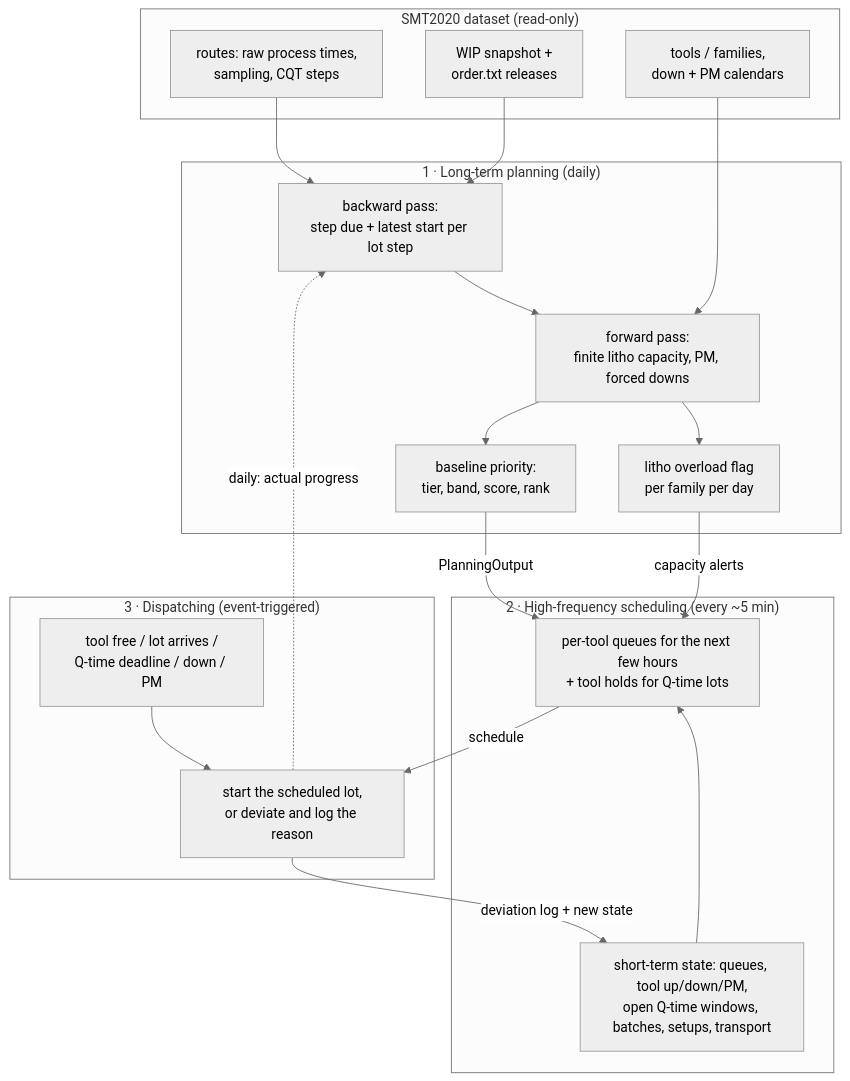
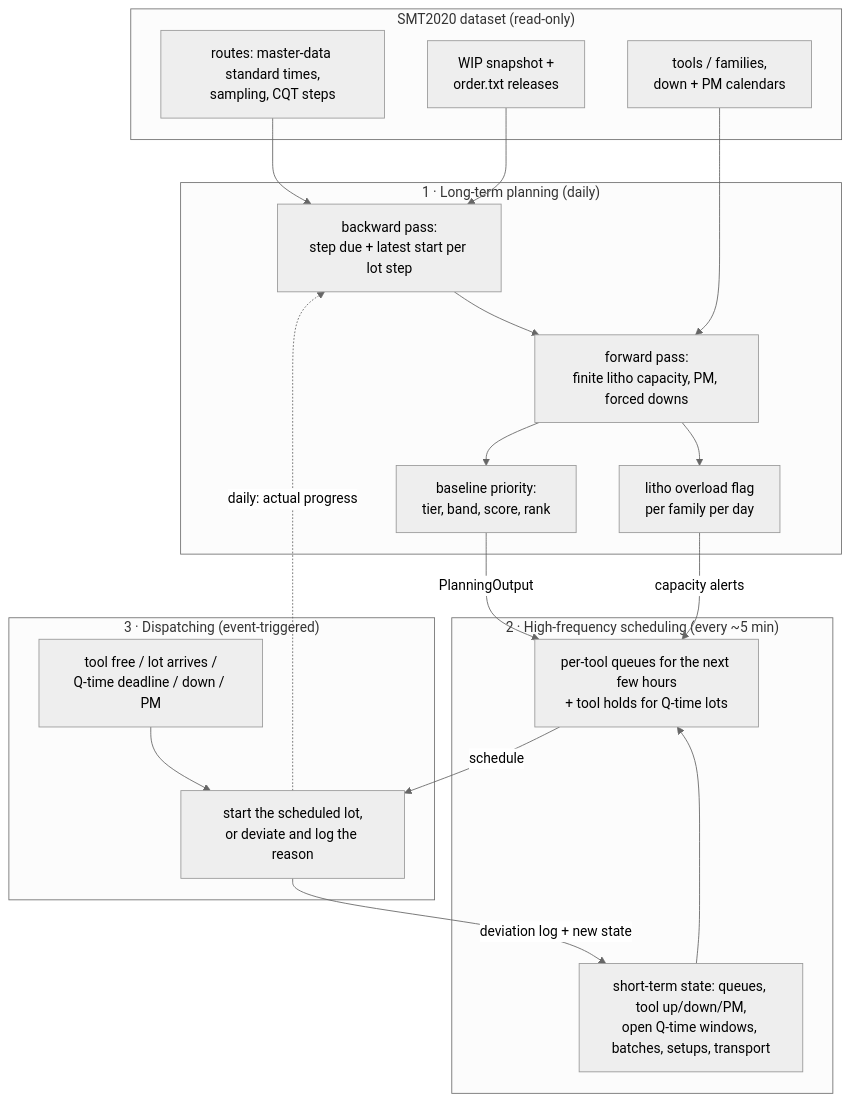
One commit to Toygaolingxiao/ResiliMES-AI changed the diagram in docs/ARCHITECTURE_LAYERS.md. Above: the diagram before and after it, drawn with Mermaid (neutral theme). The commit also changed other lines of this file, not shown here.

Commit message:
docs(architecture): step targets from master-data standard times, standard_time hook, no actuals weighting yet; drop std-LT method (reverted)

````diff
--- a/docs/ARCHITECTURE_LAYERS.md
+++ b/docs/ARCHITECTURE_LAYERS.md
@@ -20,38 +20,38 @@
 ```mermaid
 flowchart TB
     subgraph data["SMT2020 dataset (read-only)"]
-        R[routes: raw process times,<br/>sampling, CQT steps]
+        R[routes: master-data standard times,<br/>sampling, CQT steps]
         T[tools / families,<br/>down + PM calendars]
         O[WIP snapshot +<br/>order.txt releases]
     end
 
     subgraph L1["1 · Long-term planning  (daily)"]
         BP[backward pass:<br/>step due + latest start per lot step]
         FP[forward pass:<br/>finite litho capacity, PM, forced downs]
         PR[baseline priority:<br/>tier, band, score, rank]
         OV[litho overload flag<br/>per family per day]
         BP --> FP --> PR
         FP --> OV
     end
 
     subgraph L2["2 · High-frequency scheduling  (every ~5 min)"]
         ST[short-term state: queues, tool up/down/PM,<br/>open Q-time windows, batches, setups, transport]
         SQ[per-tool queues for the next few hours<br/>+ tool holds for Q-time lots]
     end
 
     subgraph L3["3 · Dispatching  (event-triggered)"]
         EV[tool free / lot arrives /<br/>Q-time deadline / down / PM]
         DS[start the scheduled lot,<br/>or deviate and log the reason]
     end
 
     R --> BP
     T --> FP
     O --> BP
     PR -->|PlanningOutput| SQ
     OV -->|capacity alerts| SQ
     ST --> SQ
     SQ -->|schedule| DS
     EV --> DS
     DS -->|deviation log + new state| ST
     DS -.->|daily: actual progress| BP
 ```
````
